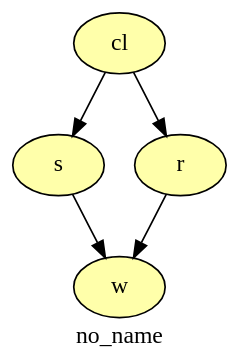
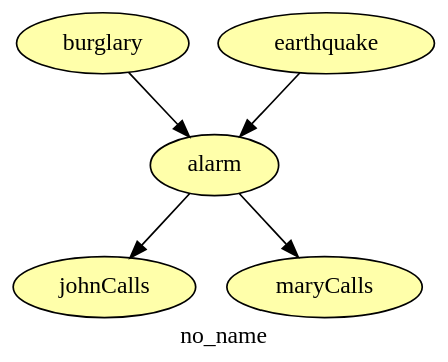
Before and after one commit to SantiagoYB/Proyecto3IA: the diagram in bayesnet.dot, drawn with Graphviz. The commit also changed 6 other files, not shown here.

```diff
--- a/bayesnet.dot
+++ b/bayesnet.dot
@@ -1,14 +1,15 @@
 digraph "no_name" {
   graph [bgcolor=transparent,label="no_name"];
   node [style=filled fillcolor="#ffffaa"];
 
-"cl" [comment="0:cloudy ?{0|1}"];
-"s" [comment="1:s[0,1]"];
-"r" [comment="2:r[0,1]"];
-"w" [comment="3:w[0,1]"];
+"alarm" [comment="0:alarm ?{0|1}"];
+"johnCalls" [comment="1:johnCalls ?{0|1}"];
+"maryCalls" [comment="2:maryCalls ?{0|1}"];
+"burglary" [comment="3:burglary ?{0|1}"];
+"earthquake" [comment="4:earthquake ?{0|1}"];
 
-  "cl" -> "s";
-  "cl" -> "r";
-  "s" -> "w";
-  "r" -> "w";
+  "alarm" -> "johnCalls";
+  "alarm" -> "maryCalls";
+  "burglary" -> "alarm";
+  "earthquake" -> "alarm";
 }
```
